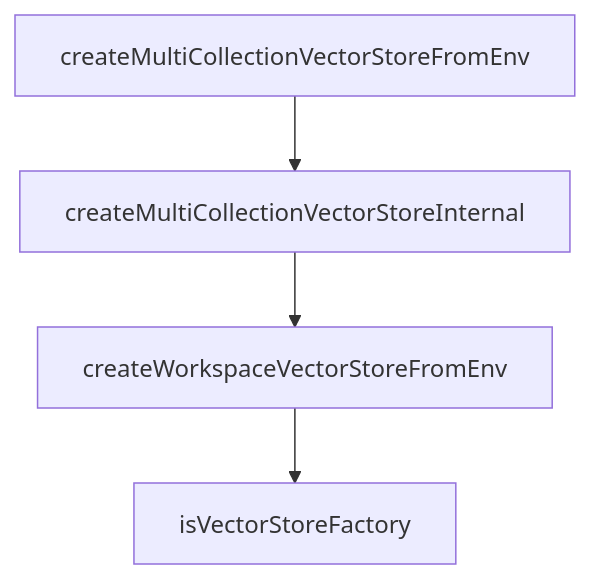
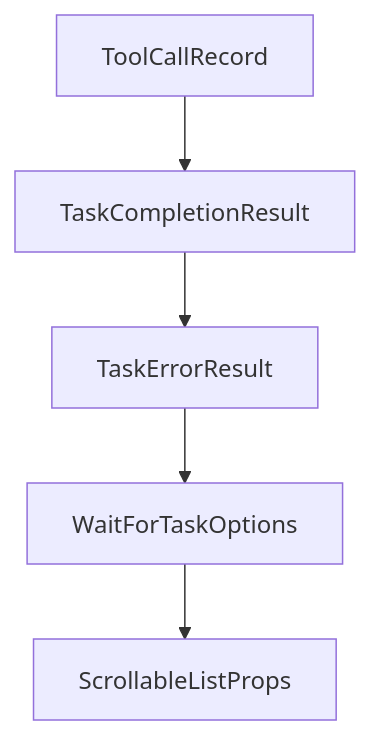
Before and after one commit to johnxie/awesome-code-docs: the diagram in tutorials/cipher-tutorial/04-configuration-providers-and-embeddings.md, drawn with Mermaid. The commit also changed other lines of this file and 1232 other files, not shown here.

````diff
--- a/tutorials/cipher-tutorial/04-configuration-providers-and-embeddings.md
+++ b/tutorials/cipher-tutorial/04-configuration-providers-and-embeddings.md
@@ -197,10 +204,12 @@
 ```mermaid
 flowchart TD
-    A[createMultiCollectionVectorStoreFromEnv]
-    B[createMultiCollectionVectorStoreInternal]
-    C[createWorkspaceVectorStoreFromEnv]
-    D[isVectorStoreFactory]
+    A[ToolCallRecord]
+    B[TaskCompletionResult]
+    C[TaskErrorResult]
+    D[WaitForTaskOptions]
+    E[ScrollableListProps]
     A --> B
     B --> C
     C --> D
+    D --> E
 ```
````
